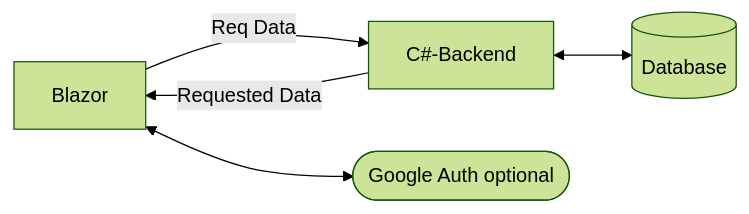
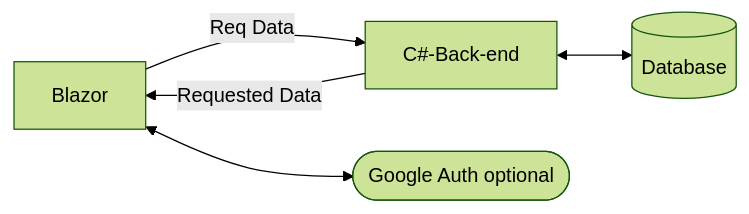
Before and after one commit to cprescod-kings/NEA: the first of 6 diagrams in README.md, drawn with Mermaid (forest theme). The commit also changed other lines of this file, not shown here.

````diff
--- a/README.md
+++ b/README.md
@@ -63,10 +61,10 @@
 ```mermaid
 flowchart LR
-	Blazor -- Req Data --> C#-Backend
-	C#-Backend -- Requested Data -->Blazor
-	id1[(Database)]
-	C#-Backend <--> id1
-	id2([Google Auth optional])
-	Blazor <--> id2
+Blazor -- Req Data --> C#-Back-end
+C#-Back-end -- Requested Data -->Blazor
+id1[(Database)]
+C#-Back-end <--> id1
+id2([Google Auth optional])
+Blazor<--> id2
 
 ```
````
